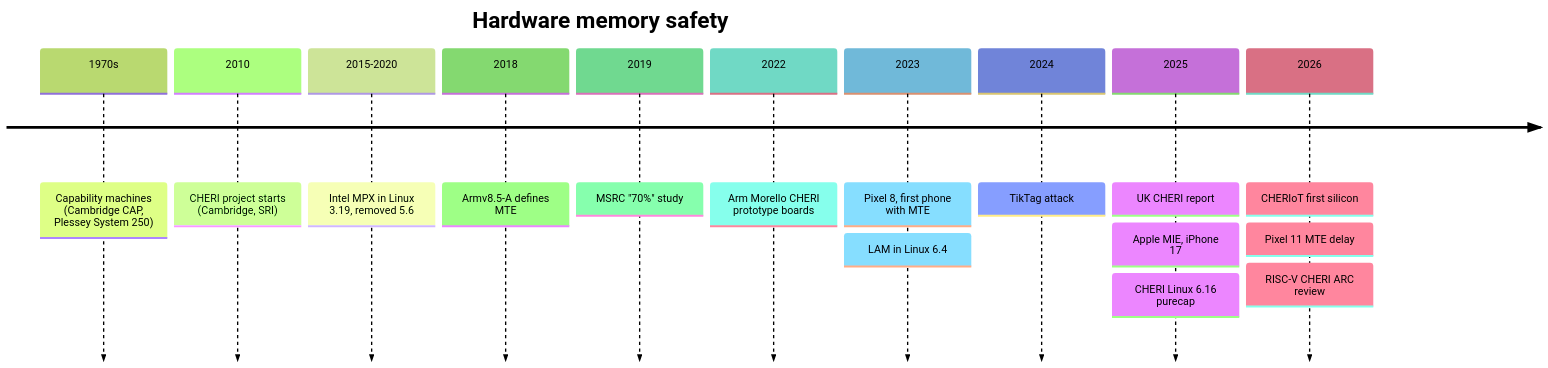
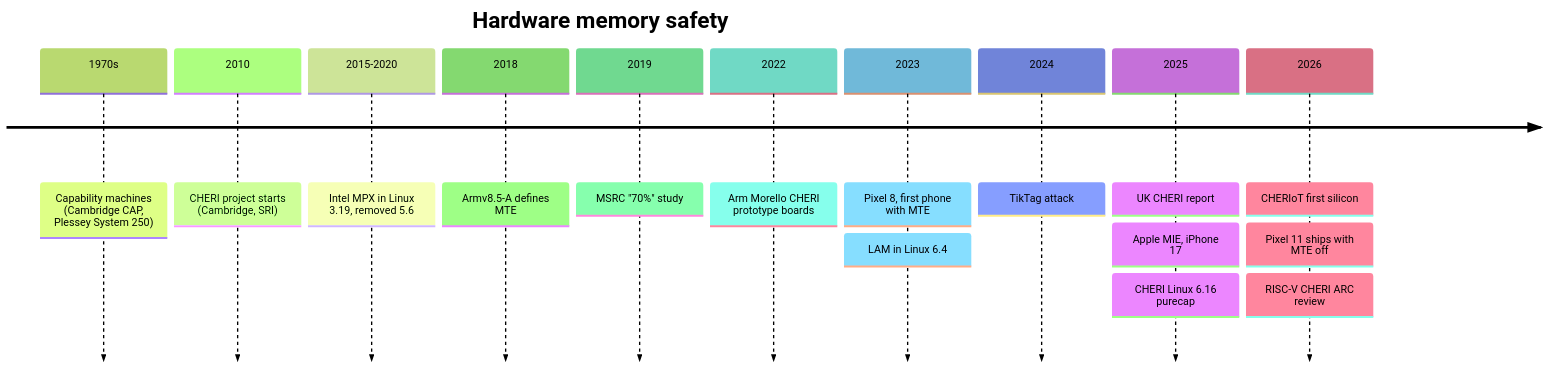
Before and after one commit to ImRuliad/Library-of-Alexandria: the second of 3 diagrams in Operating Systems/Security/Hardware Memory Safety/Hardware Memory Safety.md, drawn with Mermaid (forest theme). The commit also changed other lines of this file and 1 other file, not shown here.

````diff
--- a/Operating Systems/Security/Hardware Memory Safety/Hardware Memory Safety.md
+++ b/Operating Systems/Security/Hardware Memory Safety/Hardware Memory Safety.md
@@ -107,14 +107,14 @@
 ```mermaid
 timeline
     title Hardware memory safety
     1970s : Capability machines (Cambridge CAP, Plessey System 250)
     2010 : CHERI project starts (Cambridge, SRI)
     2015-2020 : Intel MPX in Linux 3.19, removed 5.6
     2018 : Armv8.5-A defines MTE
     2019 : MSRC "70%" study
     2022 : Arm Morello CHERI prototype boards
     2023 : Pixel 8, first phone with MTE : LAM in Linux 6.4
     2024 : TikTag attack
     2025 : UK CHERI report : Apple MIE, iPhone 17 : CHERI Linux 6.16 purecap
-    2026 : CHERIoT first silicon : Pixel 11 MTE delay : RISC-V CHERI ARC review
+    2026 : CHERIoT first silicon : Pixel 11 ships with MTE off : RISC-V CHERI ARC review
 ```
````
